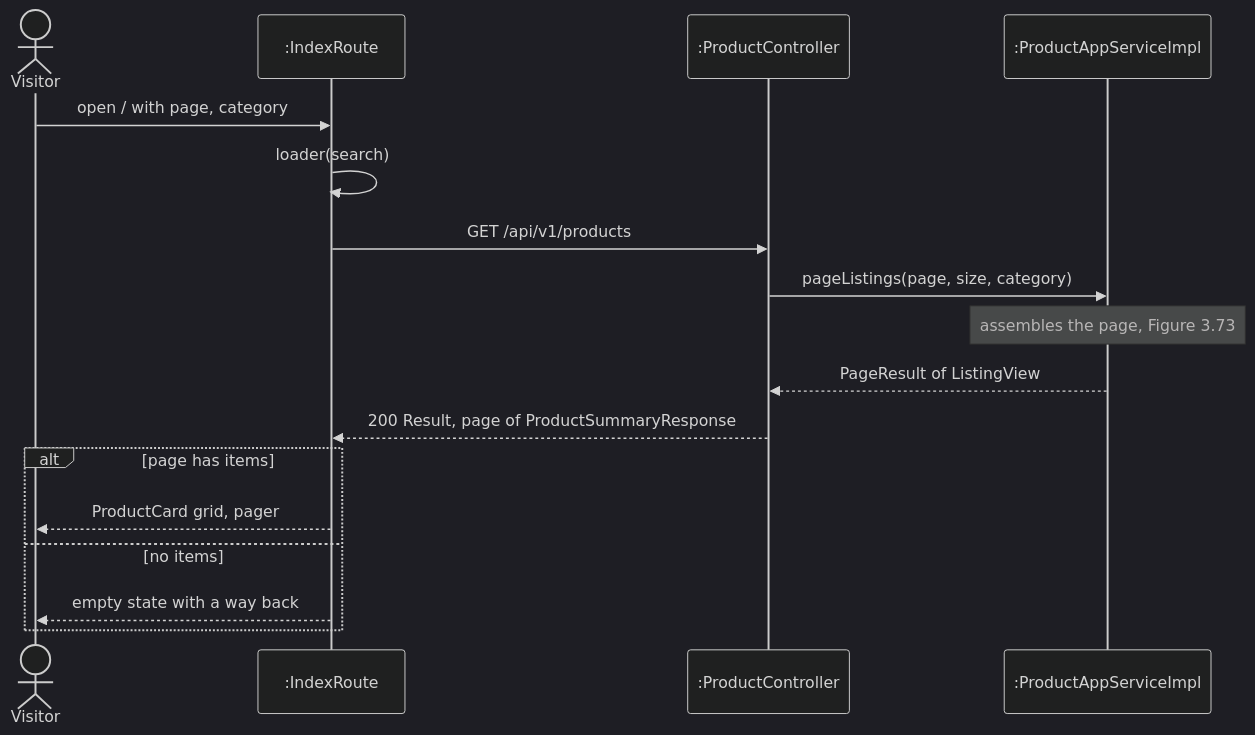
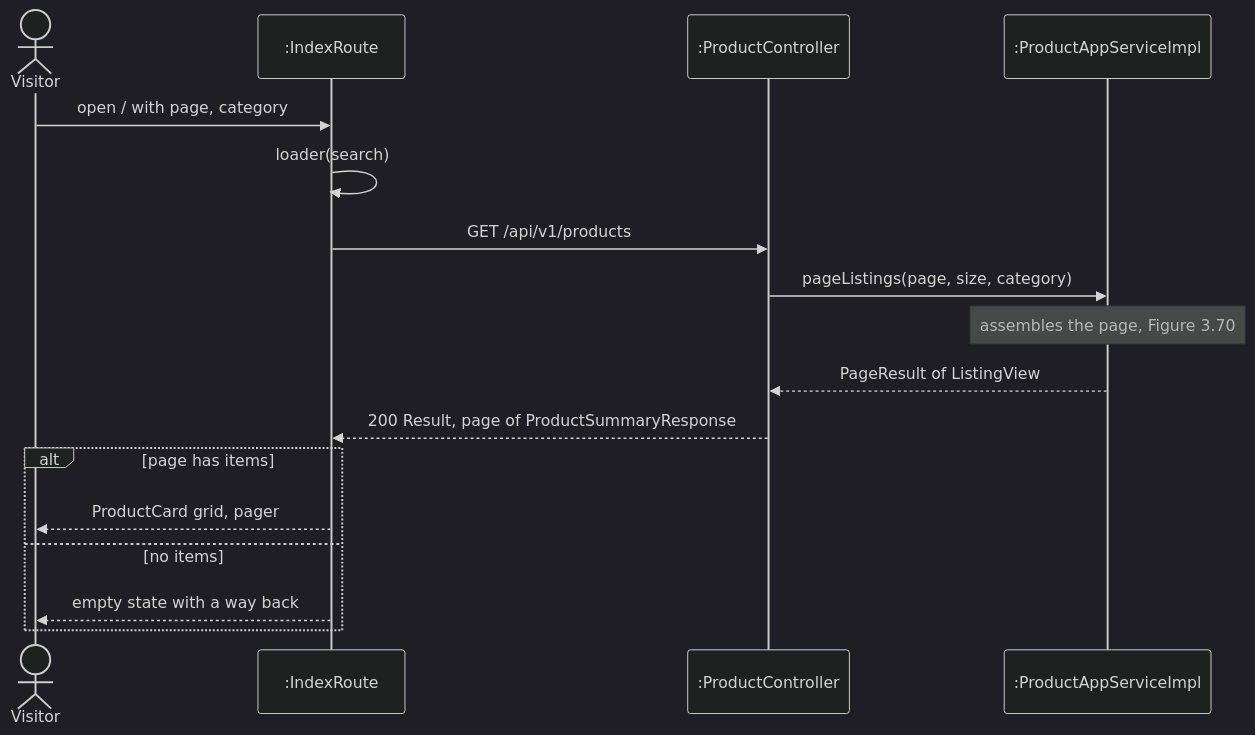
Before and after one commit to PPsyrius/iss-groupbuy-team8: diagram 12 of 18 in docs/swe5006/report/sections/03-4-3-pan.md, drawn with Mermaid (dark theme). The commit also changed other lines of this file and 19 other files, not shown here.

````diff
--- a/docs/swe5006/report/sections/03-4-3-pan.md
+++ b/docs/swe5006/report/sections/03-4-3-pan.md
@@ -571,19 +571,19 @@
 ```mermaid
 sequenceDiagram
     actor Visitor
     participant R as :IndexRoute
     participant PC as :ProductController
     participant AS as :ProductAppServiceImpl
     Visitor->>R: open / with page, category
     R->>R: loader(search)
     R->>PC: GET /api/v1/products
     PC->>AS: pageListings(page, size, category)
-    Note over AS: assembles the page, Figure 3.73
+    Note over AS: assembles the page, Figure 3.70
     AS-->>PC: PageResult of ListingView
     PC-->>R: 200 Result, page of ProductSummaryResponse
     alt page has items
         R-->>Visitor: ProductCard grid, pager
     else no items
         R-->>Visitor: empty state with a way back
     end
 ```
````
